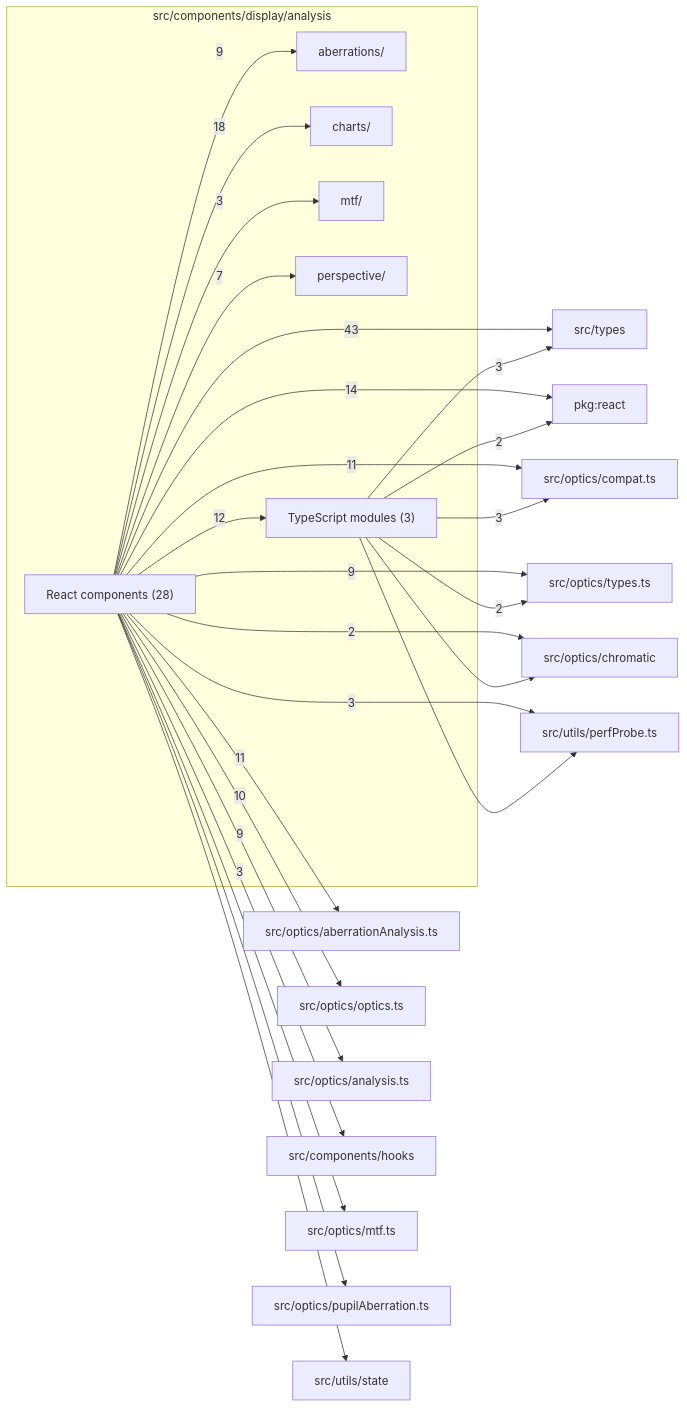
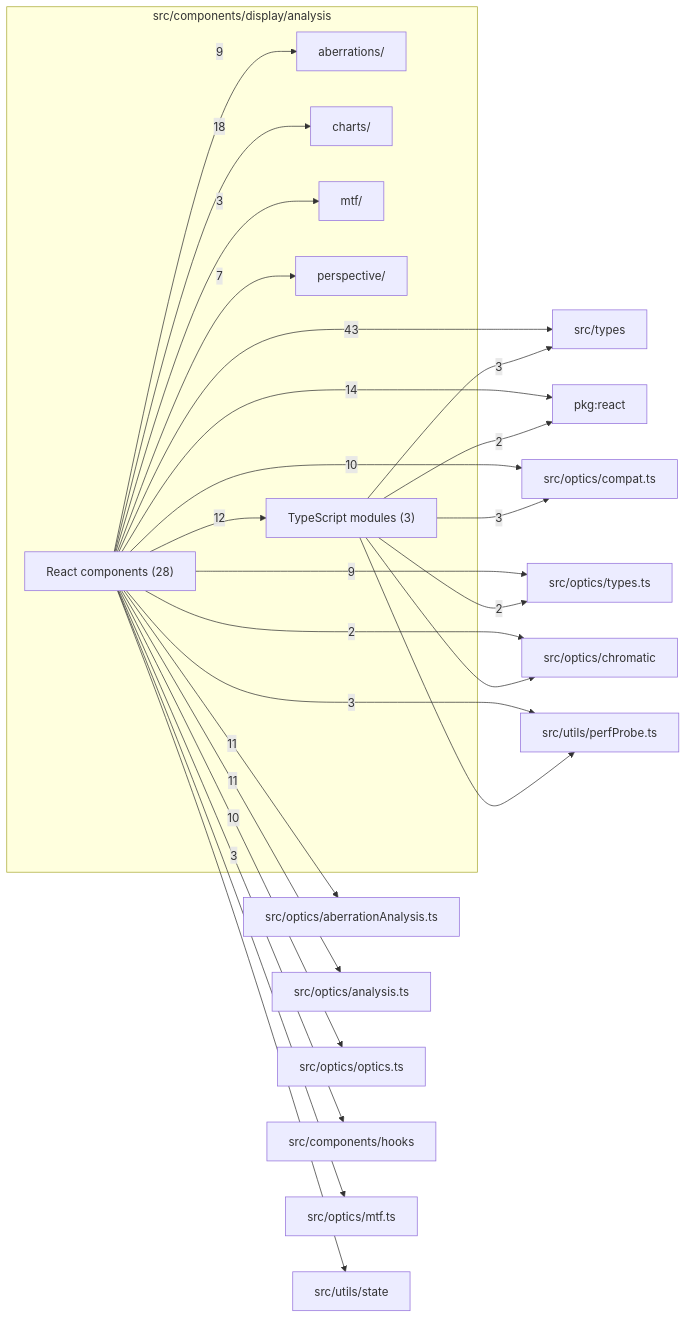
Before and after one commit to ronbuening/LensVisualizer: the diagram in src/components/display/analysis/readme.md, drawn with Mermaid. The commit also changed other lines of this file and 32 other files, not shown here.

Commit message:
S7.P2.T7 Pupil aberration on AnalysisRequest

````diff
--- a/src/components/display/analysis/readme.md
+++ b/src/components/display/analysis/readme.md
@@ -9,48 +9,46 @@
 ```mermaid
 flowchart LR
   subgraph n_src_components_display_analysis["src/components/display/analysis"]
     n_src_components_display_analysis_src_components_display_analysis_aberrations["aberrations/"]
     n_src_components_display_analysis_src_components_display_analysis_charts["charts/"]
     n_src_components_display_analysis_src_components_display_analysis_mtf["mtf/"]
     n_src_components_display_analysis_src_components_display_analysis_perspective["perspective/"]
     n_src_components_display_analysis_React_components["React components (28)"]
     n_src_components_display_analysis_TypeScript_modules["TypeScript modules (3)"]
   end
   n_external_src_types["src/types"]
   n_external_pkg_react["pkg:react"]
   n_external_src_optics_aberrationAnalysis_ts["src/optics/aberrationAnalysis.ts"]
+  n_external_src_optics_analysis_ts["src/optics/analysis.ts"]
   n_external_src_optics_compat_ts["src/optics/compat.ts"]
   n_external_src_optics_optics_ts["src/optics/optics.ts"]
-  n_external_src_optics_analysis_ts["src/optics/analysis.ts"]
   n_external_src_optics_types_ts["src/optics/types.ts"]
   n_external_src_components_hooks["src/components/hooks"]
   n_external_src_utils_perfProbe_ts["src/utils/perfProbe.ts"]
   n_external_src_optics_chromatic["src/optics/chromatic"]
   n_external_src_optics_mtf_ts["src/optics/mtf.ts"]
-  n_external_src_optics_pupilAberration_ts["src/optics/pupilAberration.ts"]
   n_external_src_utils_state["src/utils/state"]
   n_src_components_display_analysis_React_components --> |43| n_external_src_types
   n_src_components_display_analysis_React_components --> |18| n_src_components_display_analysis_src_components_display_analysis_charts
   n_src_components_display_analysis_React_components --> |14| n_external_pkg_react
   n_src_components_display_analysis_React_components --> |12| n_src_components_display_analysis_TypeScript_modules
   n_src_components_display_analysis_React_components --> |11| n_external_src_optics_aberrationAnalysis_ts
-  n_src_components_display_analysis_React_components --> |11| n_external_src_optics_compat_ts
+  n_src_components_display_analysis_React_components --> |11| n_external_src_optics_analysis_ts
+  n_src_components_display_analysis_React_components --> |10| n_external_src_optics_compat_ts
   n_src_components_display_analysis_React_components --> |10| n_external_src_optics_optics_ts
-  n_src_components_display_analysis_React_components --> |9| n_external_src_optics_analysis_ts
   n_src_components_display_analysis_React_components --> |9| n_external_src_optics_types_ts
   n_src_components_display_analysis_React_components --> |9| n_src_components_display_analysis_src_components_display_analysis_aberrations
   n_src_components_display_analysis_React_components --> |7| n_src_components_display_analysis_src_components_display_analysis_perspective
   n_src_components_display_analysis_React_components --> |3| n_external_src_components_hooks
   n_src_components_display_analysis_TypeScript_modules --> |3| n_external_src_optics_compat_ts
   n_src_components_display_analysis_TypeScript_modules --> |3| n_external_src_types
   n_src_components_display_analysis_React_components --> |3| n_external_src_utils_perfProbe_ts
   n_src_components_display_analysis_React_components --> |3| n_src_components_display_analysis_src_components_display_analysis_mtf
   n_src_components_display_analysis_TypeScript_modules --> |2| n_external_pkg_react
   n_src_components_display_analysis_React_components --> |2| n_external_src_optics_chromatic
   n_src_components_display_analysis_TypeScript_modules --> |2| n_external_src_optics_types_ts
   n_src_components_display_analysis_TypeScript_modules --> n_external_src_optics_chromatic
   n_src_components_display_analysis_React_components --> n_external_src_optics_mtf_ts
-  n_src_components_display_analysis_React_components --> n_external_src_optics_pupilAberration_ts
   n_src_components_display_analysis_TypeScript_modules --> n_external_src_utils_perfProbe_ts
   n_src_components_display_analysis_React_components --> n_external_src_utils_state
 ```
````
